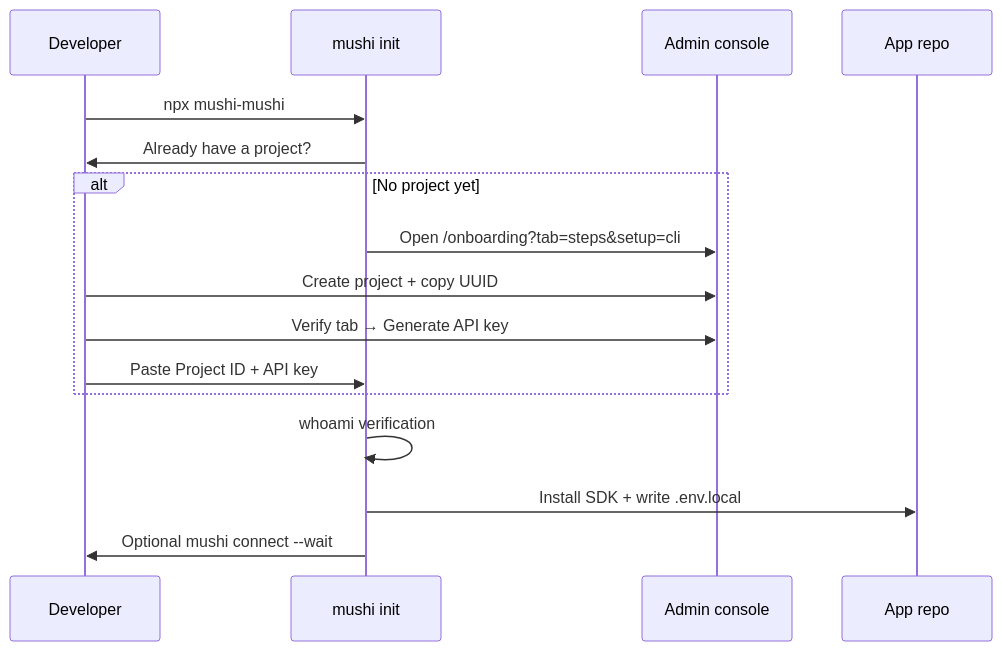
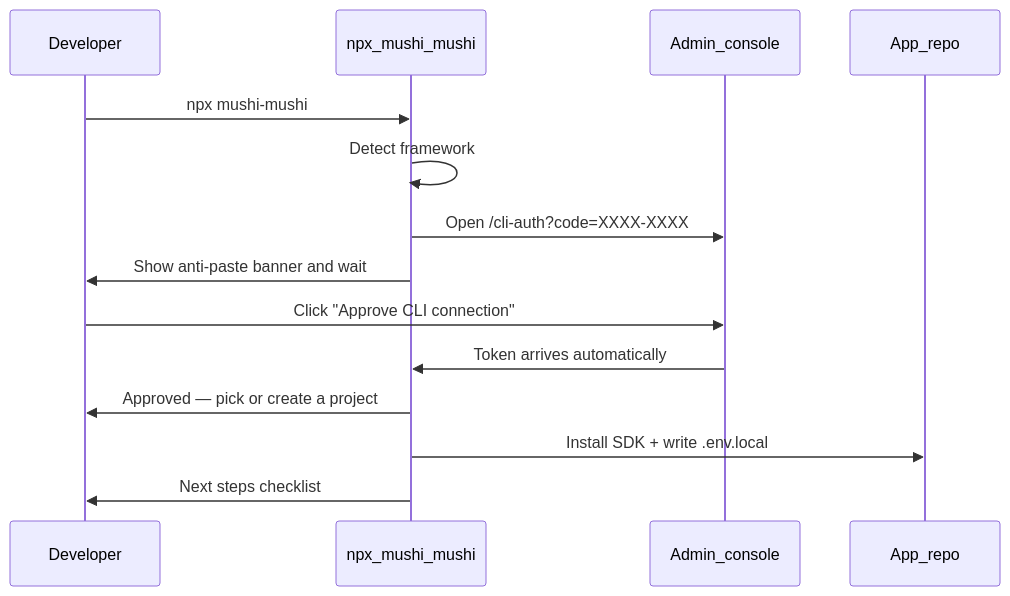
One commit to kensaurus/mushi-mushi changed the diagram in apps/docs/content/quickstart/cli-console-loop.mdx. Above: the diagram before and after it, drawn with Mermaid. The commit also changed other lines of this file and 400 other files, not shown here.

````diff
--- a/apps/docs/content/quickstart/cli-console-loop.mdx
+++ b/apps/docs/content/quickstart/cli-console-loop.mdx
@@ -45,19 +38,17 @@
 ```mermaid
 sequenceDiagram
   participant Dev as Developer
-  participant CLI as mushi init
-  participant Console as Admin console
-  participant App as App repo
+  participant CLI as npx_mushi_mushi
+  participant Browser as Admin_console
+  participant App as App_repo
 
   Dev->>CLI: npx mushi-mushi
-  CLI->>Dev: Already have a project?
-  alt No project yet
-    CLI->>Console: Open /onboarding?tab=steps&setup=cli
-    Dev->>Console: Create project + copy UUID
-    Dev->>Console: Verify tab → Generate API key
-    Dev->>CLI: Paste Project ID + API key
-  end
-  CLI->>CLI: whoami verification
+  CLI->>CLI: Detect framework
+  CLI->>Browser: Open /cli-auth?code=XXXX-XXXX
+  CLI->>Dev: Show anti-paste banner and wait
+  Dev->>Browser: Click "Approve CLI connection"
+  Browser->>CLI: Token arrives automatically
+  CLI->>Dev: Approved — pick or create a project
   CLI->>App: Install SDK + write .env.local
-  CLI->>Dev: Optional mushi connect --wait
+  CLI->>Dev: Next steps checklist
 ```
````
